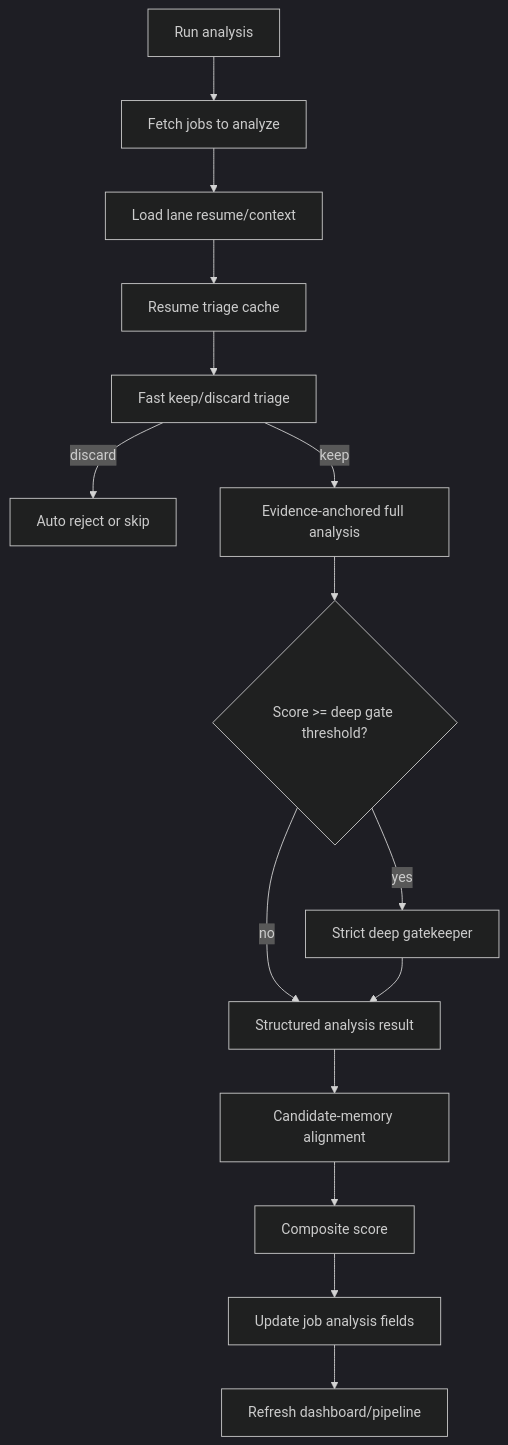
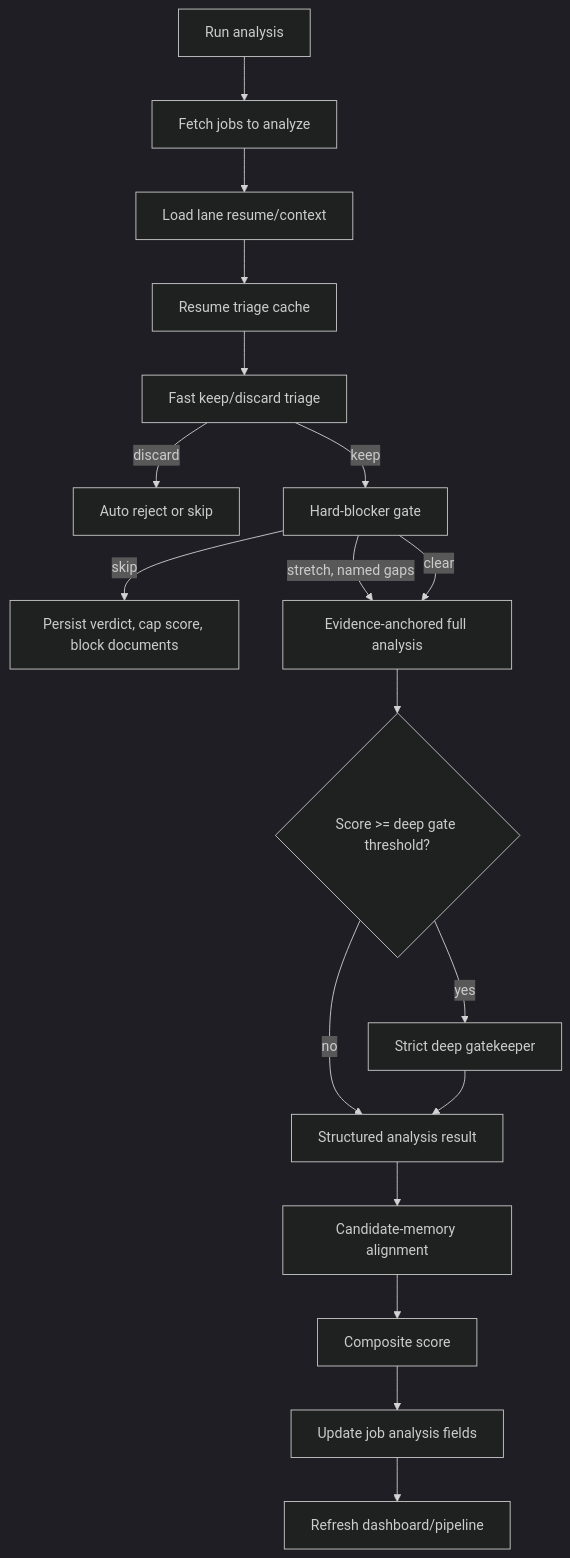
Before and after one commit to Keljian/JSE: the fifth of 12 diagrams in ARCHITECTURE.md, drawn with Mermaid (dark theme). The commit also changed other lines of this file and 90 other files, not shown here.

````diff
--- a/ARCHITECTURE.md
+++ b/ARCHITECTURE.md
@@ -132,17 +132,20 @@
 ```mermaid
 flowchart TD
     Request["Run analysis"] --> Jobs["Fetch jobs to analyze"]
     Jobs --> Resume["Load lane resume/context"]
     Resume --> TriageCache["Resume triage cache"]
     TriageCache --> FastTriage["Fast keep/discard triage"]
     FastTriage -->|discard| Reject["Auto reject or skip"]
-    FastTriage -->|keep| Full["Evidence-anchored full analysis"]
+    FastTriage -->|keep| Blocker["Hard-blocker gate"]
+    Blocker -->|skip| Blocked["Persist verdict, cap score, block documents"]
+    Blocker -->|stretch, named gaps| Full["Evidence-anchored full analysis"]
+    Blocker -->|clear| Full
     Full --> Gate{"Score >= deep gate threshold?"}
     Gate -->|yes| Deep["Strict deep gatekeeper"]
     Gate -->|no| Structured["Structured analysis result"]
     Deep --> Structured
     Structured --> Fragments["Candidate-memory alignment"]
     Fragments --> Score["Composite score"]
     Score --> DB["Update job analysis fields"]
     DB --> UI["Refresh dashboard/pipeline"]
 ```
````
